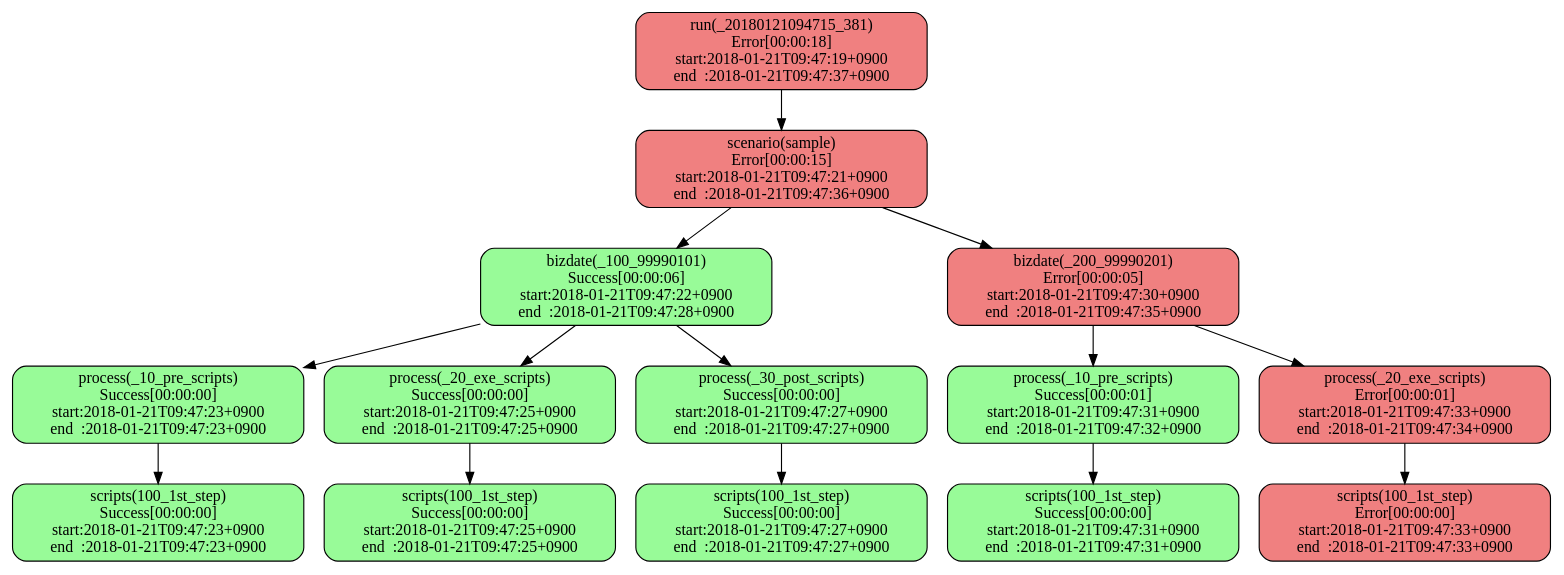
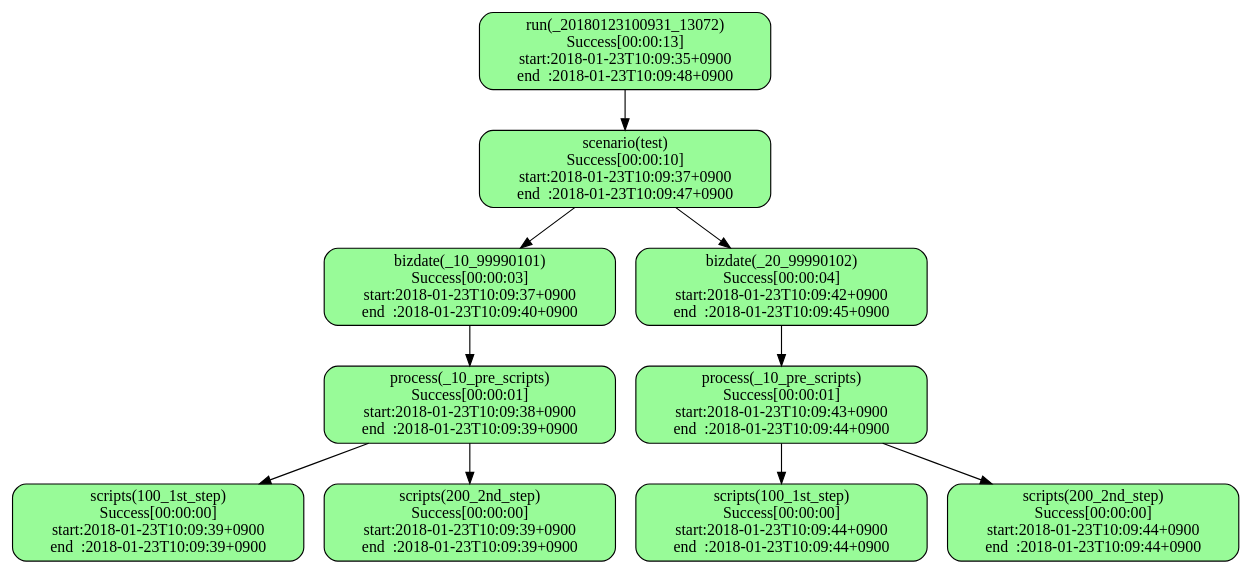
One commit to tkhr-sait/stfw-result-viewer-rails changed the diagram in sample.dot. Above: the diagram before and after it, drawn with Graphviz. The commit also changed 5 other files, not shown here.

```diff
--- a/sample.dot
+++ b/sample.dot
@@ -1,30 +1,22 @@
 digraph G {
   layout="dot";
-  x20180121094715x381xrun[label="run(_20180121094715_381)\nError[00:00:18]\nstart:2018-01-21T09:47:19+0900\nend  :2018-01-21T09:47:37+0900",shape="box",style="filled,rounded",fillcolor="lightcoral"];
-  x20180121094715x381xrunxsample[label="scenario(sample)\nError[00:00:15]\nstart:2018-01-21T09:47:21+0900\nend  :2018-01-21T09:47:36+0900",shape="box",style="filled,rounded",fillcolor="lightcoral"];
-  x20180121094715x381xrunxsamplexx100x99990101[label="bizdate(_100_99990101)\nSuccess[00:00:06]\nstart:2018-01-21T09:47:22+0900\nend  :2018-01-21T09:47:28+0900",shape="box",style="filled,rounded",fillcolor="palegreen"];
-  x20180121094715x381xrunxsamplexx100x99990101xx10xprexscripts[label="process(_10_pre_scripts)\nSuccess[00:00:00]\nstart:2018-01-21T09:47:23+0900\nend  :2018-01-21T09:47:23+0900",shape="box",style="filled,rounded",fillcolor="palegreen"];
-  x20180121094715x381xrunxsamplexx100x99990101xx10xprexscriptsx100x1stxstep[label="scripts(100_1st_step)\nSuccess[00:00:00]\nstart:2018-01-21T09:47:23+0900\nend  :2018-01-21T09:47:23+0900",shape="box",style="filled,rounded",fillcolor="palegreen"];
-  x20180121094715x381xrunxsamplexx100x99990101xx20xexexscripts[label="process(_20_exe_scripts)\nSuccess[00:00:00]\nstart:2018-01-21T09:47:25+0900\nend  :2018-01-21T09:47:25+0900",shape="box",style="filled,rounded",fillcolor="palegreen"];
-  x20180121094715x381xrunxsamplexx100x99990101xx20xexexscriptsx100x1stxstep[label="scripts(100_1st_step)\nSuccess[00:00:00]\nstart:2018-01-21T09:47:25+0900\nend  :2018-01-21T09:47:25+0900",shape="box",style="filled,rounded",fillcolor="palegreen"];
-  x20180121094715x381xrunxsamplexx100x99990101xx30xpostxscripts[label="process(_30_post_scripts)\nSuccess[00:00:00]\nstart:2018-01-21T09:47:27+0900\nend  :2018-01-21T09:47:27+0900",shape="box",style="filled,rounded",fillcolor="palegreen"];
-  x20180121094715x381xrunxsamplexx100x99990101xx30xpostxscriptsx100x1stxstep[label="scripts(100_1st_step)\nSuccess[00:00:00]\nstart:2018-01-21T09:47:27+0900\nend  :2018-01-21T09:47:27+0900",shape="box",style="filled,rounded",fillcolor="palegreen"];
-  x20180121094715x381xrunxsamplexx200x99990201[label="bizdate(_200_99990201)\nError[00:00:05]\nstart:2018-01-21T09:47:30+0900\nend  :2018-01-21T09:47:35+0900",shape="box",style="filled,rounded",fillcolor="lightcoral"];
-  x20180121094715x381xrunxsamplexx200x99990201xx10xprexscripts[label="process(_10_pre_scripts)\nSuccess[00:00:01]\nstart:2018-01-21T09:47:31+0900\nend  :2018-01-21T09:47:32+0900",shape="box",style="filled,rounded",fillcolor="palegreen"];
-  x20180121094715x381xrunxsamplexx200x99990201xx10xprexscriptsx100x1stxstep[label="scripts(100_1st_step)\nSuccess[00:00:00]\nstart:2018-01-21T09:47:31+0900\nend  :2018-01-21T09:47:31+0900",shape="box",style="filled,rounded",fillcolor="palegreen"];
-  x20180121094715x381xrunxsamplexx200x99990201xx20xexexscripts[label="process(_20_exe_scripts)\nError[00:00:01]\nstart:2018-01-21T09:47:33+0900\nend  :2018-01-21T09:47:34+0900",shape="box",style="filled,rounded",fillcolor="lightcoral"];
-  x20180121094715x381xrunxsamplexx200x99990201xx20xexexscriptsx100x1stxstep[label="scripts(100_1st_step)\nError[00:00:00]\nstart:2018-01-21T09:47:33+0900\nend  :2018-01-21T09:47:33+0900",shape="box",style="filled,rounded",fillcolor="lightcoral"];
-  x20180121094715x381xrun -> x20180121094715x381xrunxsample;
-  x20180121094715x381xrunxsample -> x20180121094715x381xrunxsamplexx100x99990101;
-  x20180121094715x381xrunxsamplexx100x99990101 -> x20180121094715x381xrunxsamplexx100x99990101xx10xprexscripts;
-  x20180121094715x381xrunxsamplexx100x99990101xx10xprexscripts -> x20180121094715x381xrunxsamplexx100x99990101xx10xprexscriptsx100x1stxstep;
-  x20180121094715x381xrunxsamplexx100x99990101 -> x20180121094715x381xrunxsamplexx100x99990101xx20xexexscripts;
-  x20180121094715x381xrunxsamplexx100x99990101xx20xexexscripts -> x20180121094715x381xrunxsamplexx100x99990101xx20xexexscriptsx100x1stxstep;
-  x20180121094715x381xrunxsamplexx100x99990101 -> x20180121094715x381xrunxsamplexx100x99990101xx30xpostxscripts;
-  x20180121094715x381xrunxsamplexx100x99990101xx30xpostxscripts -> x20180121094715x381xrunxsamplexx100x99990101xx30xpostxscriptsx100x1stxstep;
-  x20180121094715x381xrunxsample -> x20180121094715x381xrunxsamplexx200x99990201;
-  x20180121094715x381xrunxsamplexx200x99990201 -> x20180121094715x381xrunxsamplexx200x99990201xx10xprexscripts;
-  x20180121094715x381xrunxsamplexx200x99990201xx10xprexscripts -> x20180121094715x381xrunxsamplexx200x99990201xx10xprexscriptsx100x1stxstep;
-  x20180121094715x381xrunxsamplexx200x99990201 -> x20180121094715x381xrunxsamplexx200x99990201xx20xexexscripts;
-  x20180121094715x381xrunxsamplexx200x99990201xx20xexexscripts -> x20180121094715x381xrunxsamplexx200x99990201xx20xexexscriptsx100x1stxstep;
+  x20180123100931x13072xrun[label="run(_20180123100931_13072)\nSuccess[00:00:13]\nstart:2018-01-23T10:09:35+0900\nend  :2018-01-23T10:09:48+0900",shape="box",style="filled,rounded",fillcolor="palegreen"];
+  x20180123100931x13072xrunxtest[label="scenario(test)\nSuccess[00:00:10]\nstart:2018-01-23T10:09:37+0900\nend  :2018-01-23T10:09:47+0900",shape="box",style="filled,rounded",fillcolor="palegreen"];
+  x20180123100931x13072xrunxtestxx10x99990101[label="bizdate(_10_99990101)\nSuccess[00:00:03]\nstart:2018-01-23T10:09:37+0900\nend  :2018-01-23T10:09:40+0900",shape="box",style="filled,rounded",fillcolor="palegreen"];
+  x20180123100931x13072xrunxtestxx10x99990101xx10xprexscripts[label="process(_10_pre_scripts)\nSuccess[00:00:01]\nstart:2018-01-23T10:09:38+0900\nend  :2018-01-23T10:09:39+0900",shape="box",style="filled,rounded",fillcolor="palegreen"];
+  x20180123100931x13072xrunxtestxx10x99990101xx10xprexscriptsx100x1stxstep[label="scripts(100_1st_step)\nSuccess[00:00:00]\nstart:2018-01-23T10:09:39+0900\nend  :2018-01-23T10:09:39+0900",shape="box",style="filled,rounded",fillcolor="palegreen"];
+  x20180123100931x13072xrunxtestxx10x99990101xx10xprexscriptsx200x2ndxstep[label="scripts(200_2nd_step)\nSuccess[00:00:00]\nstart:2018-01-23T10:09:39+0900\nend  :2018-01-23T10:09:39+0900",shape="box",style="filled,rounded",fillcolor="palegreen"];
+  x20180123100931x13072xrunxtestxx20x99990102[label="bizdate(_20_99990102)\nSuccess[00:00:04]\nstart:2018-01-23T10:09:42+0900\nend  :2018-01-23T10:09:45+0900",shape="box",style="filled,rounded",fillcolor="palegreen"];
+  x20180123100931x13072xrunxtestxx20x99990102xx10xprexscripts[label="process(_10_pre_scripts)\nSuccess[00:00:01]\nstart:2018-01-23T10:09:43+0900\nend  :2018-01-23T10:09:44+0900",shape="box",style="filled,rounded",fillcolor="palegreen"];
+  x20180123100931x13072xrunxtestxx20x99990102xx10xprexscriptsx100x1stxstep[label="scripts(100_1st_step)\nSuccess[00:00:00]\nstart:2018-01-23T10:09:44+0900\nend  :2018-01-23T10:09:44+0900",shape="box",style="filled,rounded",fillcolor="palegreen"];
+  x20180123100931x13072xrunxtestxx20x99990102xx10xprexscriptsx200x2ndxstep[label="scripts(200_2nd_step)\nSuccess[00:00:00]\nstart:2018-01-23T10:09:44+0900\nend  :2018-01-23T10:09:44+0900",shape="box",style="filled,rounded",fillcolor="palegreen"];
+  x20180123100931x13072xrun -> x20180123100931x13072xrunxtest;
+  x20180123100931x13072xrunxtest -> x20180123100931x13072xrunxtestxx10x99990101;
+  x20180123100931x13072xrunxtestxx10x99990101 -> x20180123100931x13072xrunxtestxx10x99990101xx10xprexscripts;
+  x20180123100931x13072xrunxtestxx10x99990101xx10xprexscripts -> x20180123100931x13072xrunxtestxx10x99990101xx10xprexscriptsx100x1stxstep;
+  x20180123100931x13072xrunxtestxx10x99990101xx10xprexscripts -> x20180123100931x13072xrunxtestxx10x99990101xx10xprexscriptsx200x2ndxstep;
+  x20180123100931x13072xrunxtest -> x20180123100931x13072xrunxtestxx20x99990102;
+  x20180123100931x13072xrunxtestxx20x99990102 -> x20180123100931x13072xrunxtestxx20x99990102xx10xprexscripts;
+  x20180123100931x13072xrunxtestxx20x99990102xx10xprexscripts -> x20180123100931x13072xrunxtestxx20x99990102xx10xprexscriptsx100x1stxstep;
+  x20180123100931x13072xrunxtestxx20x99990102xx10xprexscripts -> x20180123100931x13072xrunxtestxx20x99990102xx10xprexscriptsx200x2ndxstep;
 }
```
